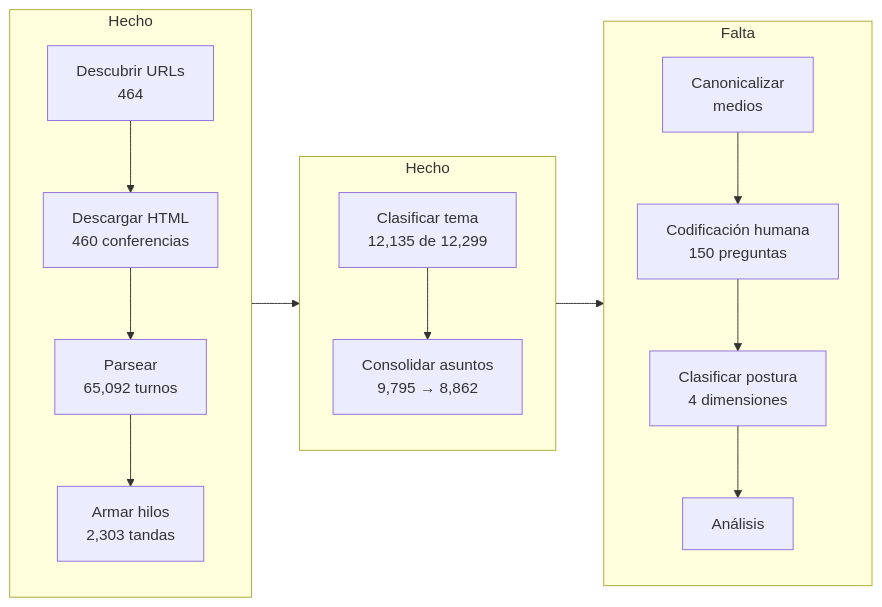
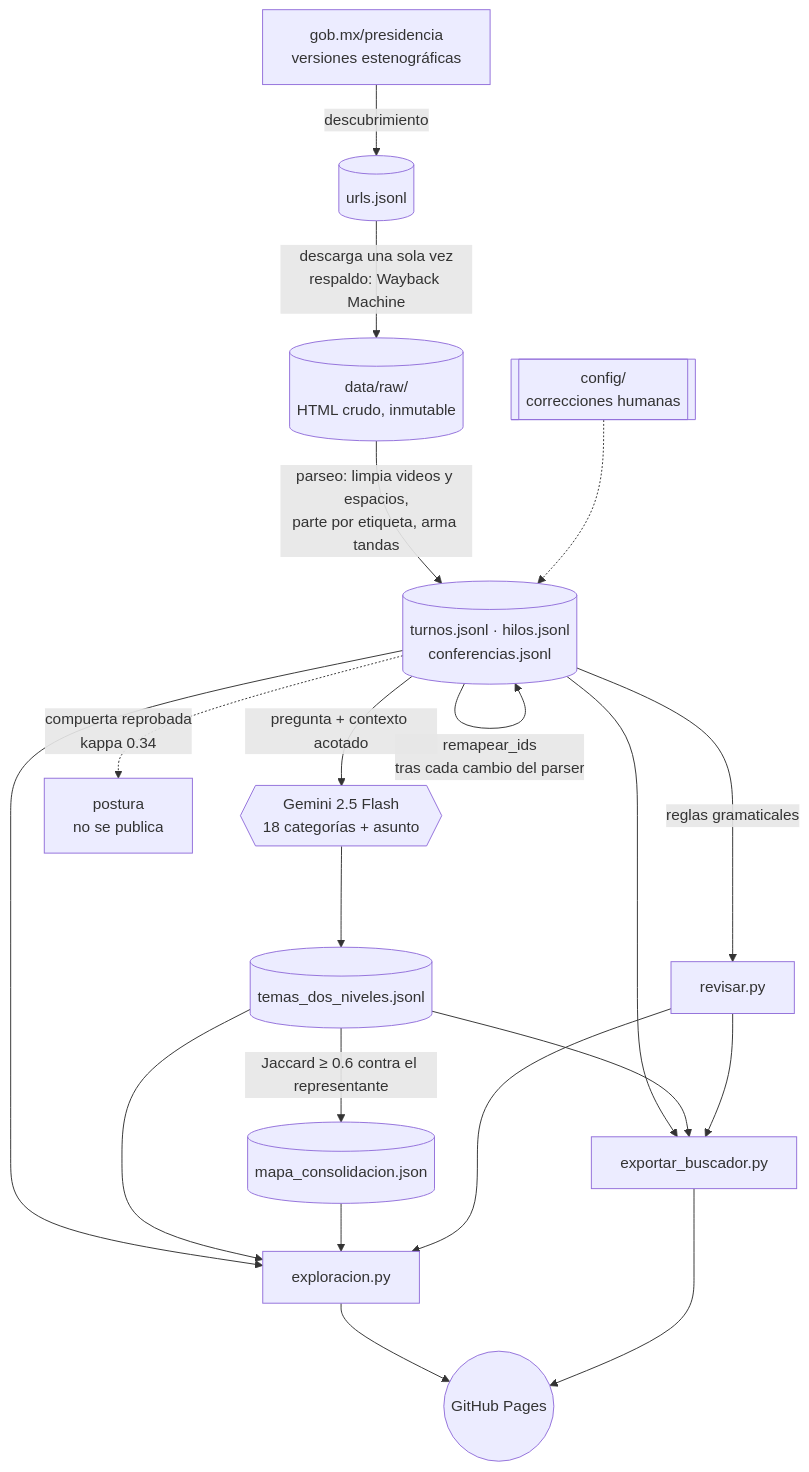
One commit to jmtoral/preguntas-mananera changed the first of 3 diagrams in README.md. Above: the diagram before and after it, drawn with Mermaid. The commit also changed other lines of this file, not shown here.

First line of the commit message:
README al día: corte de septiembre, compuerta reprobada, atribución y sitio

````diff
--- a/README.md
+++ b/README.md
@@ -13,23 +78,22 @@
 ```mermaid
-flowchart LR
-    subgraph hecho ["Hecho"]
-        direction TB
-        A["Descubrir URLs<br/>464"] --> B["Descargar HTML<br/>460 conferencias"]
-        B --> C["Parsear<br/>65,092 turnos"]
-        C --> D["Armar hilos<br/>2,303 tandas"]
-    end
-    subgraph hecho2 ["Hecho"]
-        direction TB
-        E["Clasificar tema<br/>12,135 de 12,299"] --> E2["Consolidar asuntos<br/>9,795 → 8,862"]
-    end
-    subgraph falta ["Falta"]
-        direction TB
-        F["Canonicalizar<br/>medios"]
-        G["Codificación humana<br/>150 preguntas"]
-        H["Clasificar postura<br/>4 dimensiones"]
-        I["Análisis"]
-        F --> G --> H --> I
-    end
-    D --> E
-    E2 --> F
+flowchart TD
+  A["gob.mx/presidencia<br/>versiones estenográficas"] -->|"descubrimiento"| B[("urls.jsonl")]
+  B -->|"descarga una sola vez<br/>respaldo: Wayback Machine"| C[("data/raw/<br/>HTML crudo, inmutable")]
+  C -->|"parseo: limpia videos y espacios,<br/>parte por etiqueta, arma tandas"| D[("turnos.jsonl · hilos.jsonl<br/>conferencias.jsonl")]
+  CFG[["config/<br/>correcciones humanas"]] -.-> D
+  D -->|"remapear_ids<br/>tras cada cambio del parser"| D
+  D -->|"pregunta + contexto acotado"| G{{"Gemini 2.5 Flash<br/>18 categorías + asunto"}}
+  G --> H[("temas_dos_niveles.jsonl")]
+  H -->|"Jaccard ≥ 0.6 contra el representante"| I[("mapa_consolidacion.json")]
+  D -->|"reglas gramaticales"| J["revisar.py"]
+  D -.->|"compuerta reprobada<br/>kappa 0.34"| P["postura<br/>no se publica"]
+  D --> K["exploracion.py"]
+  H --> K
+  I --> K
+  J --> K
+  D --> L["exportar_buscador.py"]
+  H --> L
+  J --> L
+  K --> S(("GitHub Pages"))
+  L --> S
 ```
````
